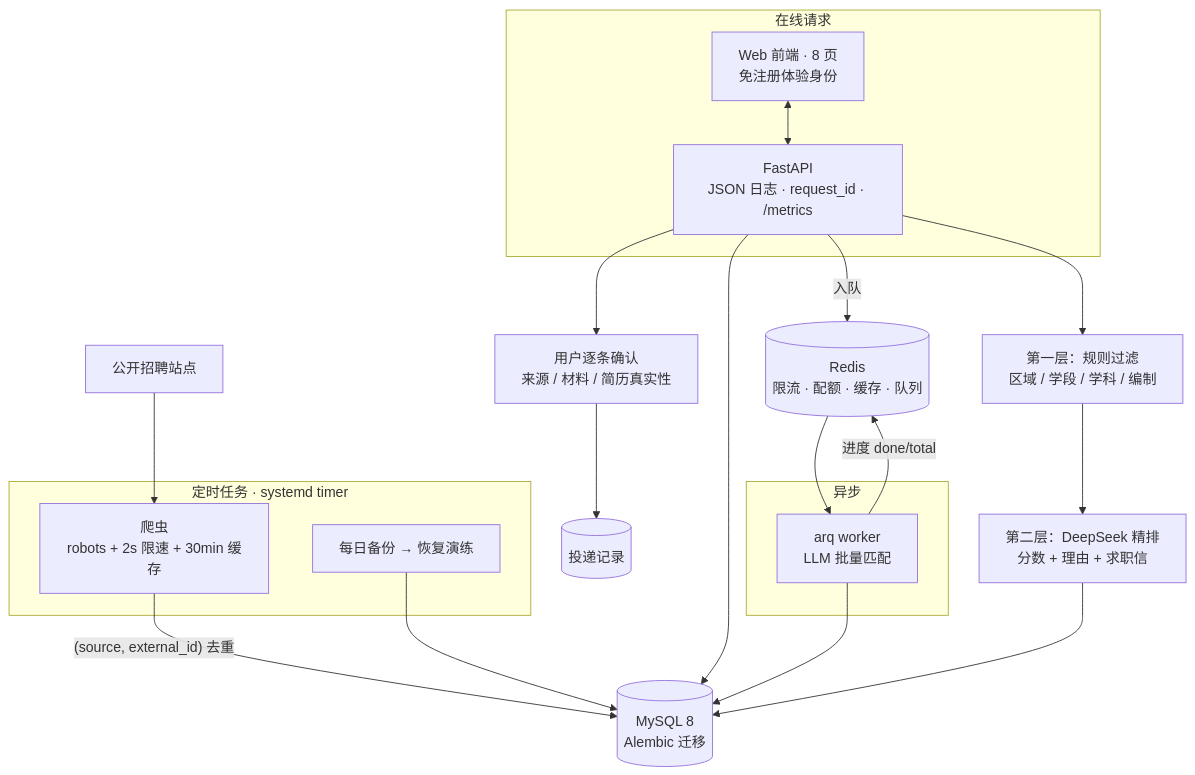
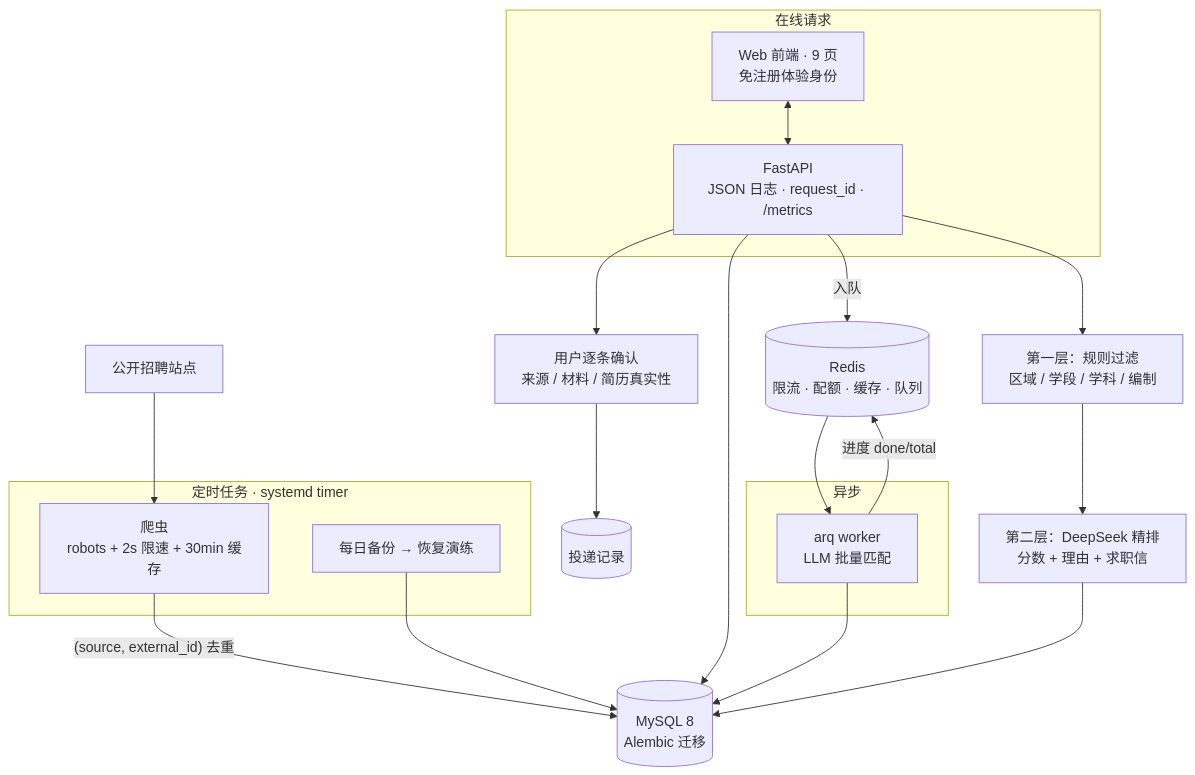
The diagram in README.md (Rhgic/teacher-job-finder), drawn with Mermaid before and after one commit. The commit also changed other lines of this file and 3 other files, not shown here.

````diff
--- a/README.md
+++ b/README.md
@@ -32,34 +36,34 @@
 ```mermaid
 flowchart TB
   subgraph sgTimer["定时任务 · systemd timer"]
     CR["爬虫<br/>robots + 2s 限速 + 30min 缓存"]
     BK["每日备份 → 恢复演练"]
   end
 
   subgraph sgOnline["在线请求"]
-    WEB["Web 前端 · 8 页<br/>免注册体验身份"]
+    WEB["Web 前端 · 9 页<br/>免注册体验身份"]
     API["FastAPI<br/>JSON 日志 · request_id · /metrics"]
   end
 
   subgraph sgAsync["异步"]
     WK["arq worker<br/>LLM 批量匹配"]
   end
 
   SRC["公开招聘站点"] --> CR
   CR -->|"(source, external_id) 去重"| DB[("MySQL 8<br/>Alembic 迁移")]
   BK --> DB
 
   WEB <--> API
   API --> DB
   API -->|入队| RD[("Redis<br/>限流 · 配额 · 缓存 · 队列")]
   RD --> WK
   WK -->|"进度 done/total"| RD
   WK --> DB
 
   API --> RULE["第一层：规则过滤<br/>区域 / 学段 / 学科 / 编制"]
   RULE --> LLM["第二层：DeepSeek 精排<br/>分数 + 理由 + 求职信"]
   LLM --> DB
 
   API --> CONF["用户逐条确认<br/>来源 / 材料 / 简历真实性"]
   CONF --> APP[("投递记录")]
 ```
````
